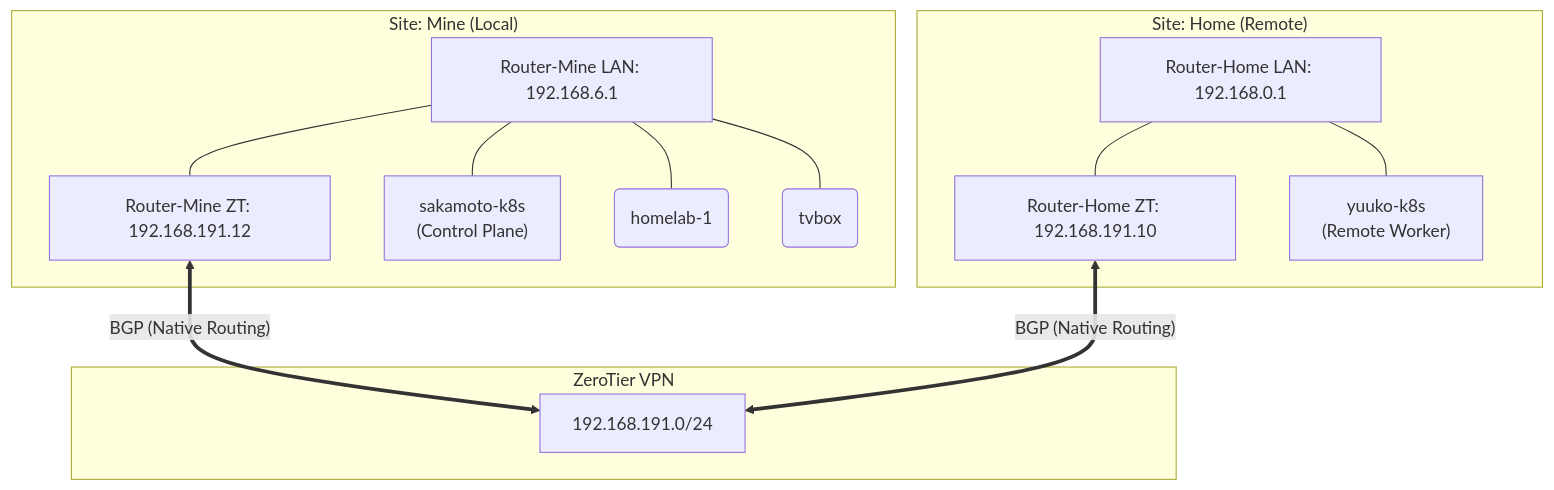
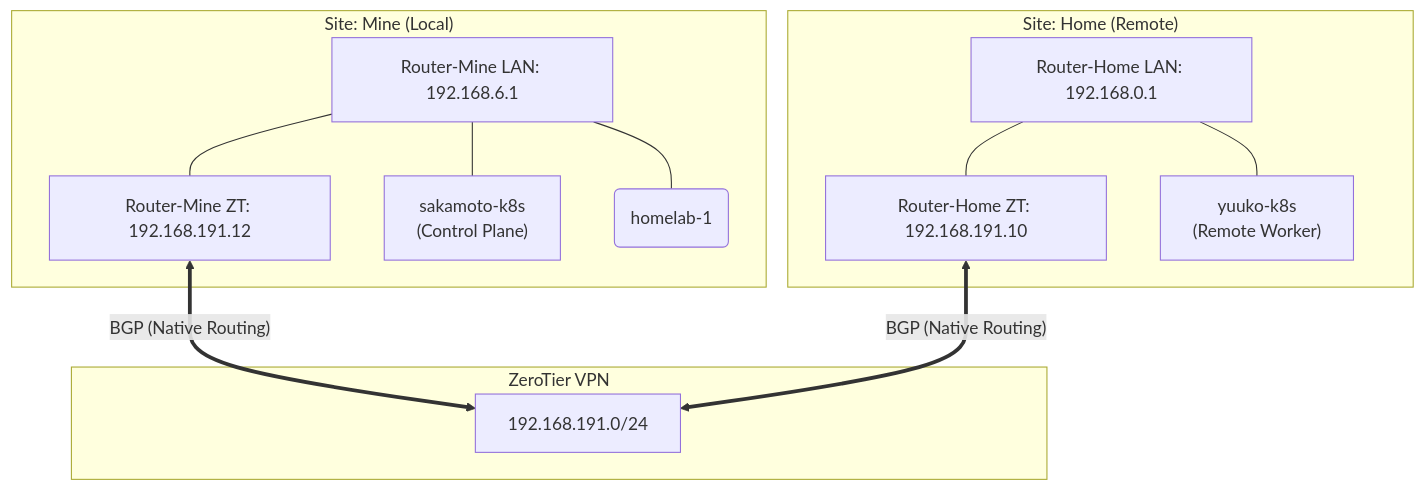
Before and after one commit to shelken/home-ops: the diagram in README.md, drawn with Mermaid. The commit also changed other lines of this file and 15 other files, not shown here.

````diff
--- a/README.md
+++ b/README.md
@@ -37,32 +37,30 @@
 ```mermaid
 graph TD
     subgraph Backbone ["ZeroTier VPN"]
         ZT_Link["192.168.191.0/24"]
     end
 
     subgraph Local_Site ["Site: Mine (Local)"]
         RM_IP["Router-Mine LAN: 192.168.6.1"]
         RM_ZT["Router-Mine ZT: 192.168.191.12"]
         Sakamoto["sakamoto-k8s<br/>(Control Plane)"]
         Homelab1(homelab-1)
-        Tvbox(tvbox)
     end
 
     subgraph Remote_Site ["Site: Home (Remote)"]
         RH_IP["Router-Home LAN: 192.168.0.1"]
         RH_ZT["Router-Home ZT: 192.168.191.10"]
         Yuuko["yuuko-k8s<br/>(Remote Worker)"]
     end
 
     RM_IP --- Sakamoto
     RM_IP --- Homelab1
-    RM_IP --- Tvbox
 
     RH_IP --- Yuuko
 
     RM_ZT <== "BGP (Native Routing)" ==> ZT_Link
     RH_ZT <== "BGP (Native Routing)" ==> ZT_Link
 
     RM_IP --- RM_ZT
     RH_IP --- RH_ZT
 ```
````
